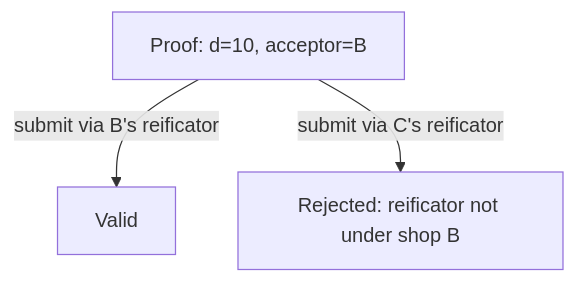
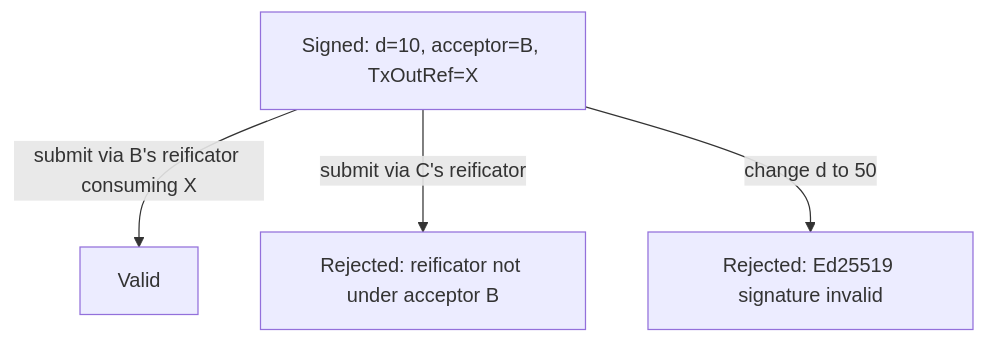
One commit to lambdasistemi/harvest changed the second of 4 diagrams in docs/protocol/security.md. Above: the diagram before and after it, drawn with Mermaid. The commit also changed other lines of this file and 4 other files, not shown here.

First line of the commit message:
docs: describe customer Ed25519 signature flow

````diff
--- a/docs/protocol/security.md
+++ b/docs/protocol/security.md
@@ -73,5 +85,6 @@
 ```mermaid
 graph TD
-    PROOF["Proof: d=10, acceptor=B"] -->|submit via B's reificator| OK[Valid]
-    PROOF -->|submit via C's reificator| FAIL[Rejected: reificator not under shop B]
+    PROOF["Signed: d=10, acceptor=B, TxOutRef=X"] -->|submit via B's reificator consuming X| OK[Valid]
+    PROOF -->|submit via C's reificator| FAIL[Rejected: reificator not under acceptor B]
+    PROOF -->|change d to 50| FAIL2[Rejected: Ed25519 signature invalid]
 ```
````
